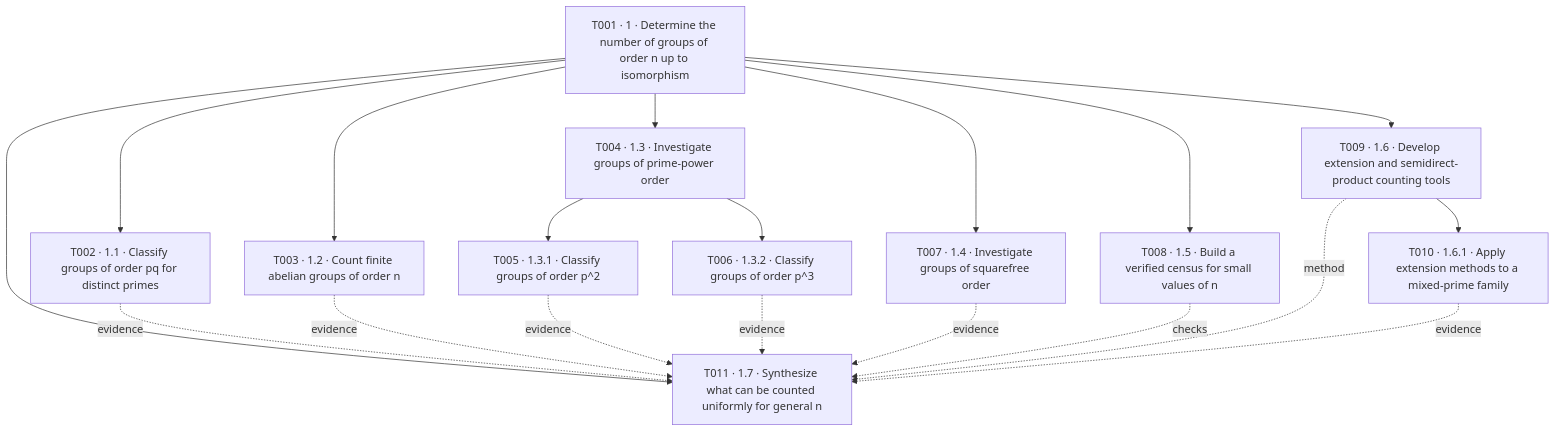
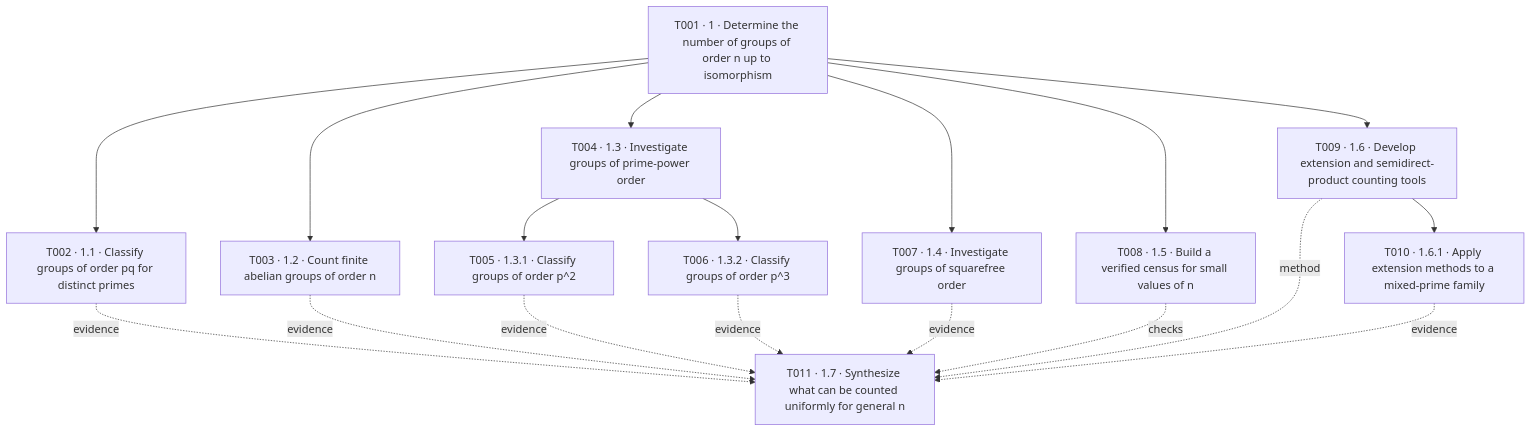
One commit to AidanRDonahue/Research-Agent changed the diagram in Getting-Started.md. Above: the diagram before and after it, drawn with Mermaid.

Commit message:
Remove transition T001 to T011
Removed the transition from T001 to T011 in the flow.

````diff
--- a/Getting-Started.md
+++ b/Getting-Started.md
@@ -209,35 +209,35 @@
 ```mermaid
 flowchart TD
     T001["T001 · 1 · Determine the number of groups of order n up to isomorphism"]
 
     T002["T002 · 1.1 · Classify groups of order pq for distinct primes"]
     T003["T003 · 1.2 · Count finite abelian groups of order n"]
     T004["T004 · 1.3 · Investigate groups of prime-power order"]
     T005["T005 · 1.3.1 · Classify groups of order p^2"]
     T006["T006 · 1.3.2 · Classify groups of order p^3"]
     T007["T007 · 1.4 · Investigate groups of squarefree order"]
     T008["T008 · 1.5 · Build a verified census for small values of n"]
     T009["T009 · 1.6 · Develop extension and semidirect-product counting tools"]
     T010["T010 · 1.6.1 · Apply extension methods to a mixed-prime family"]
     T011["T011 · 1.7 · Synthesize what can be counted uniformly for general n"]
 
     T001 --> T002
     T001 --> T003
     T001 --> T004
     T004 --> T005
     T004 --> T006
     T001 --> T007
     T001 --> T008
     T001 --> T009
     T009 --> T010
-    T001 --> T011
+
 
     T002 -. "evidence" .-> T011
     T003 -. "evidence" .-> T011
     T005 -. "evidence" .-> T011
     T006 -. "evidence" .-> T011
     T007 -. "evidence" .-> T011
     T008 -. "checks" .-> T011
     T009 -. "method" .-> T011
     T010 -. "evidence" .-> T011
 ```
````
